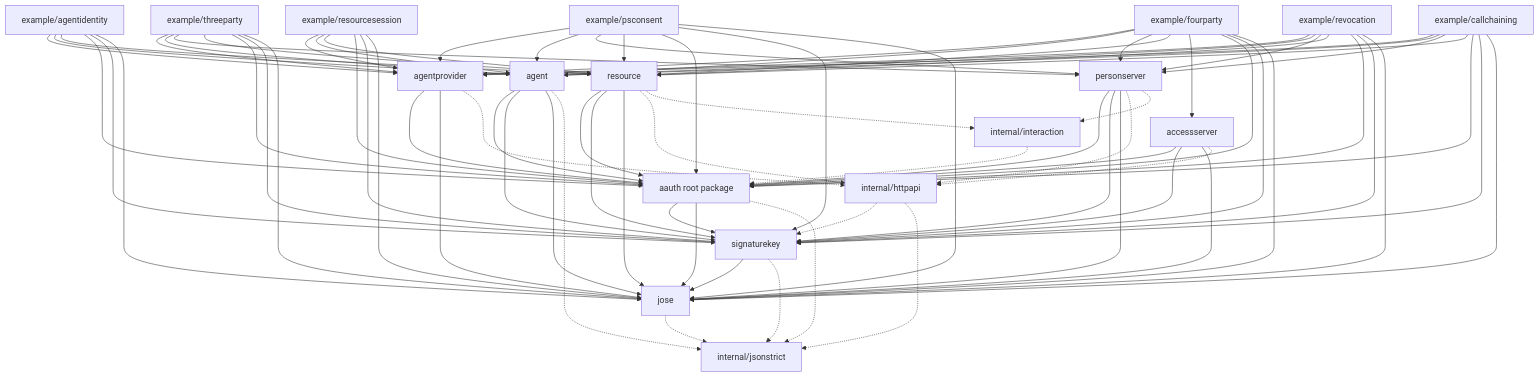
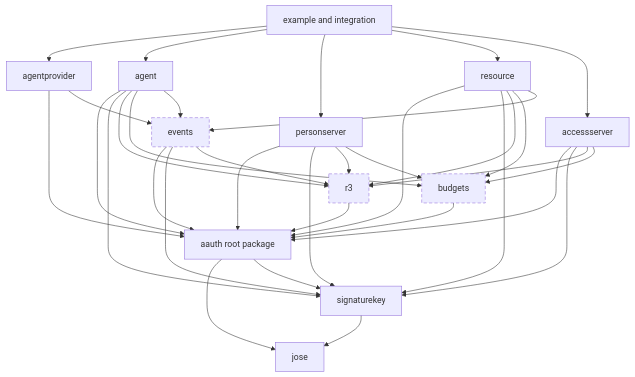
One commit to sidecat-dev/aauth-go changed the diagram in ARCHITECTURE.md. Above: the diagram before and after it, drawn with Mermaid. The commit also changed other lines of this file and 11 other files, not shown here.

Commit message:
Define the complete AAuth protocol model and target Go architecture

````diff
--- a/ARCHITECTURE.md
+++ b/ARCHITECTURE.md
@@ -18,100 +52,55 @@
 ```mermaid
 flowchart TD
-    example[example/fourparty]
-    psexample[example/threeparty]
-    consentexample[example/psconsent]
-    agentexample[example/agentidentity]
-    sessionexample[example/resourcesession]
-    revocationexample[example/revocation]
-    chainexample[example/callchaining]
-    agentprovider[agentprovider]
+    jose[jose]
+    sk[signaturekey]
+    core[aauth root package]
+    r3[r3]
+    budgets[budgets]
+    events[events]
+
+    ap[agentprovider]
     agent[agent]
-    personserver[personserver]
+    ps[personserver]
     resource[resource]
-    accessserver[accessserver]
-    core[aauth root package]
-    sk[signaturekey]
-    jose[jose]
-    httpapi[internal/httpapi]
-    interaction[internal/interaction]
-    jsonstrict[internal/jsonstrict]
+    as[accessserver]
+    examples[example and integration]
 
-    example --> agentprovider
-    example --> agent
-    example --> personserver
-    example --> resource
-    example --> accessserver
-    example --> core
-    example --> sk
-    example --> jose
-    psexample --> agentprovider
-    psexample --> agent
-    psexample --> personserver
-    psexample --> resource
-    psexample --> core
-    psexample --> sk
-    psexample --> jose
-    consentexample --> agentprovider
-    consentexample --> agent
-    consentexample --> personserver
-    consentexample --> resource
-    consentexample --> core
-    consentexample --> sk
-    consentexample --> jose
-    agentexample --> agentprovider
-    agentexample --> agent
-    agentexample --> resource
-    agentexample --> core
-    agentexample --> sk
-    agentexample --> jose
-    sessionexample --> agentprovider
-    sessionexample --> agent
-    sessionexample --> resource
-    sessionexample --> core
-    sessionexample --> sk
-    sessionexample --> jose
-    revocationexample --> agentprovider
-    revocationexample --> agent
-    revocationexample --> personserver
-    revocationexample --> resource
-    revocationexample --> core
-    revocationexample --> sk
-    revocationexample --> jose
-    chainexample --> agentprovider
-    chainexample --> agent
-    chainexample --> personserver
-    chainexample --> resource
-    chainexample --> core
-    chainexample --> sk
-    chainexample --> jose
-    agentprovider --> core
-    agentprovider --> jose
+    sk --> jose
+    core --> jose
+    core --> sk
+    r3 --> core
+    budgets --> core
+    events --> core
+    events --> sk
+    events --> r3
+
+    ap --> core
+    ap --> events
     agent --> core
     agent --> sk
-    agent --> jose
-    personserver --> core
-    personserver --> sk
-    personserver --> jose
+    agent --> r3
+    agent --> budgets
+    agent --> events
+    ps --> core
+    ps --> sk
+    ps --> r3
+    ps --> budgets
     resource --> core
     resource --> sk
-    resource --> jose
-    accessserver --> core
-    accessserver --> sk
-    accessserver --> jose
-    core --> sk
-    core --> jose
-    sk --> jose
-    sk -.-> jsonstrict
-    core -.-> jsonstrict
-    jose -.-> jsonstrict
-    agent -.-> jsonstrict
-    agentprovider -.-> httpapi
-    personserver -.-> httpapi
-    personserver -.-> interaction
-    resource -.-> httpapi
-    resource -.-> interaction
-    accessserver -.-> httpapi
-    httpapi -.-> sk
-    httpapi -.-> jsonstrict
-    interaction -.-> core
+    resource --> r3
+    resource --> budgets
+    resource --> events
+    as --> core
+    as --> sk
+    as --> r3
+    as --> budgets
+
+    examples --> ap
+    examples --> agent
+    examples --> ps
+    examples --> resource
+    examples --> as
+
+    classDef planned stroke-dasharray: 6 4
+    class r3,budgets,events planned
 ```
````
